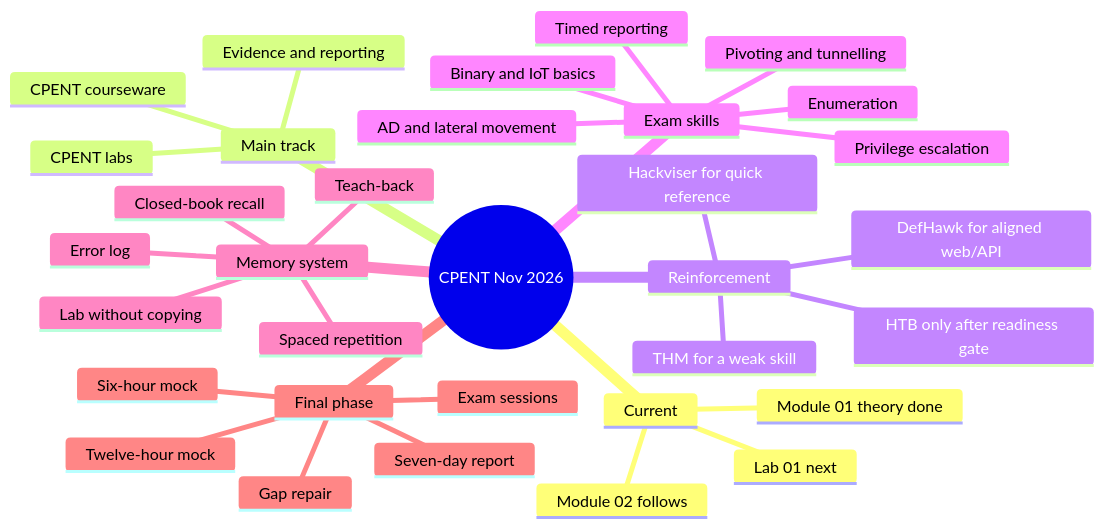
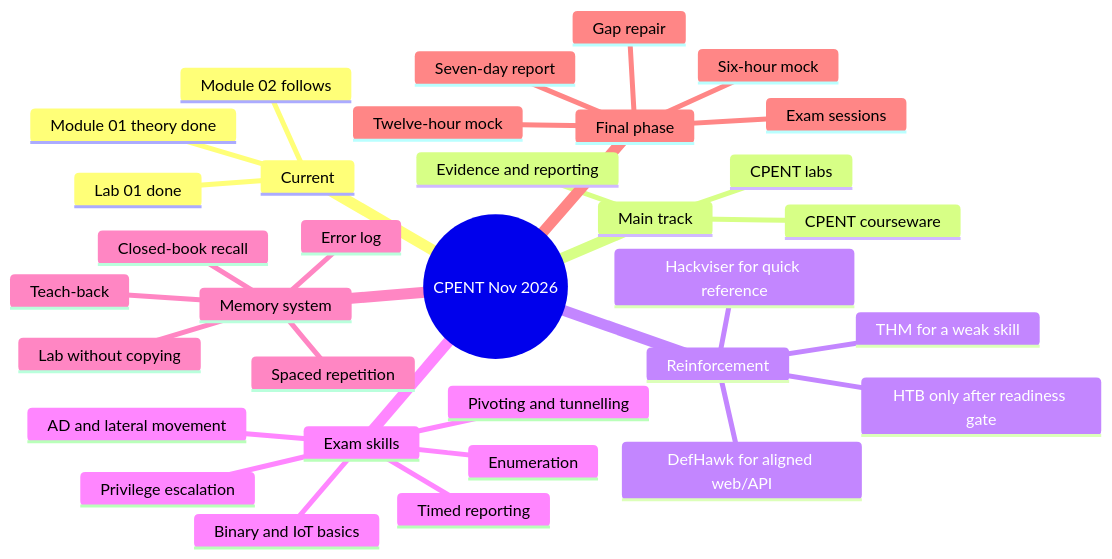
One commit to rajsegar/CPENT-project changed the diagram in CPENT_Master_Roadmap_2026.md. Above: the diagram before and after it, drawn with Mermaid. The commit also changed other lines of this file, not shown here.

Commit message:
Update CPENT roadmap and mark Lab 01 complete

````diff
--- a/CPENT_Master_Roadmap_2026.md
+++ b/CPENT_Master_Roadmap_2026.md
@@ -33,36 +33,36 @@
 ```mermaid
 mindmap
   root((CPENT Nov 2026))
     Current
       Module 01 theory done
-      Lab 01 next
+      Lab 01 done
       Module 02 follows
     Main track
       CPENT courseware
       CPENT labs
       Evidence and reporting
     Reinforcement
       DefHawk for aligned web/API
       THM for a weak skill
       Hackviser for quick reference
       HTB only after readiness gate
     Exam skills
       Enumeration
       AD and lateral movement
       Privilege escalation
       Pivoting and tunnelling
       Binary and IoT basics
       Timed reporting
     Memory system
       Closed-book recall
       Lab without copying
       Error log
       Spaced repetition
       Teach-back
     Final phase
       Gap repair
       Six-hour mock
       Twelve-hour mock
       Exam sessions
       Seven-day report
 ```
````
